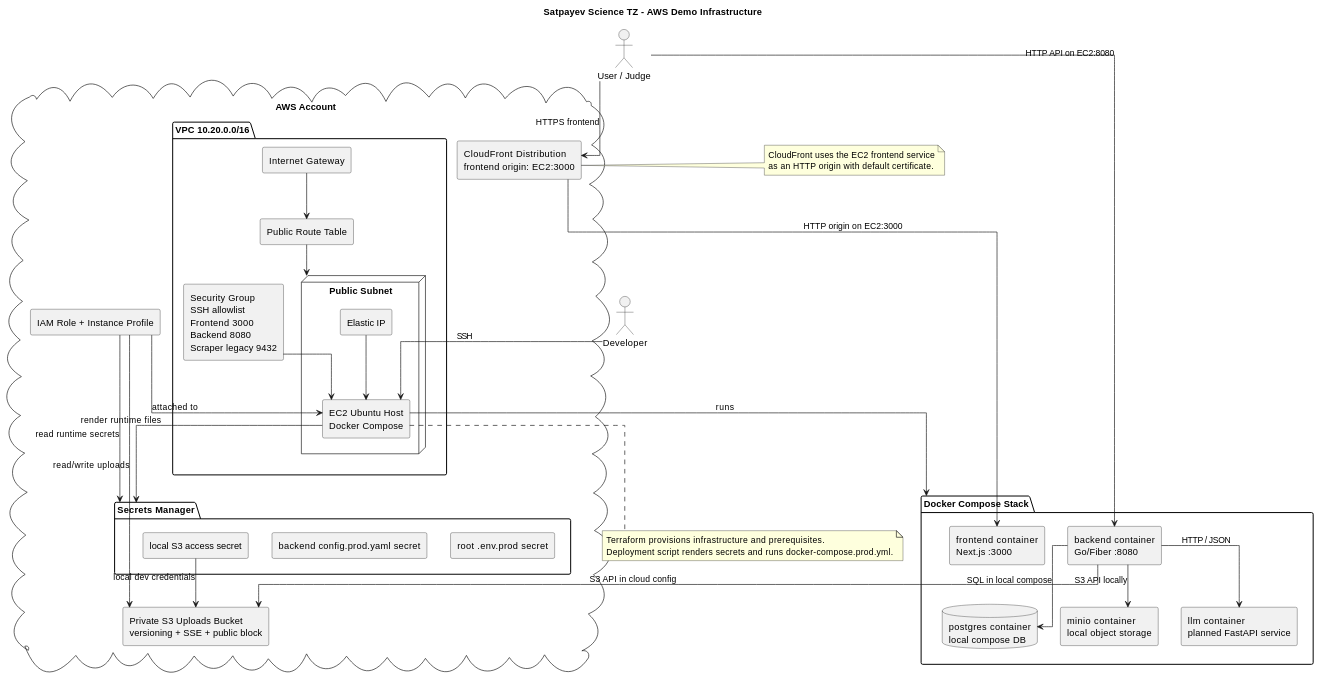
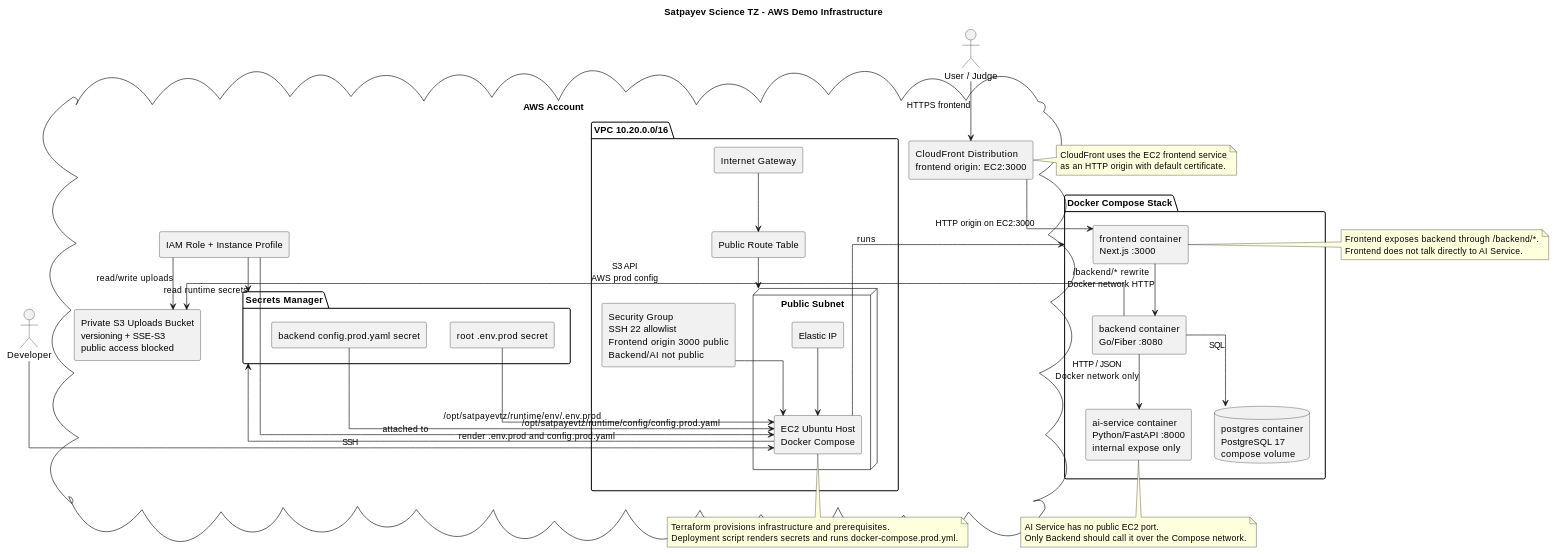
Before and after one commit to agentic-lab-club/Satpayev_science_tz_hackaton: the third of 3 diagrams in ARCHITECTURE.md, drawn with PlantUML. The commit also changed other lines of this file and 1 other file, not shown here.

Commit message:
update iac cloud architecture diagram

````diff
--- a/ARCHITECTURE.md
+++ b/ARCHITECTURE.md
@@ -407,15 +407,14 @@
 
     component "Internet Gateway" as igw
     component "Public Route Table" as rt
-    component "Security Group\nSSH allowlist\nFrontend 3000\nBackend 8080\nScraper legacy 9432" as sg
+    component "Security Group\nSSH 22 allowlist\nFrontend origin 3000 public\nBackend/AI not public" as sg
   }
 
-  component "Private S3 Uploads Bucket\nversioning + SSE + public block" as s3
+  component "Private S3 Uploads Bucket\nversioning + SSE-S3\npublic access blocked" as s3
 
   package "Secrets Manager" as secrets {
     component "root .env.prod secret" as env_secret
     component "backend config.prod.yaml secret" as backend_secret
-    component "local S3 access secret" as local_s3_secret
   }
 
   component "IAM Role + Instance Profile" as iam
@@ -428,14 +427,12 @@
 package "Docker Compose Stack" as compose {
   component "frontend container\nNext.js :3000" as frontend
   component "backend container\nGo/Fiber :8080" as backend
-  database "postgres container\nlocal compose DB" as postgres
-  component "minio container\nlocal object storage" as minio
-  component "llm container\nplanned FastAPI service" as llm
+  component "ai-service container\nPython/FastAPI :8000\ninternal expose only" as ai
+  database "postgres container\nPostgreSQL 17\ncompose volume" as postgres
 }
 
 user --> cf : HTTPS frontend
 cf --> frontend : HTTP origin on EC2:3000
-user --> backend : HTTP API on EC2:8080
 dev --> ec2 : SSH
 
 igw --> rt
@@ -444,17 +441,18 @@
 eip --> ec2
 ec2 --> compose : runs
 
-backend --> postgres : SQL in local compose
-backend --> minio : S3 API locally
-backend --> s3 : S3 API in cloud config
-backend --> llm : HTTP / JSON
+frontend --> backend : /backend/* rewrite\nDocker network HTTP
+backend --> postgres : SQL
+backend --> s3 : S3 API\nAWS prod config
+backend --> ai : HTTP / JSON\nDocker network only
 
-ec2 --> secrets : render runtime files
+ec2 --> secrets : render .env.prod and config.prod.yaml
 iam --> ec2 : attached to
 iam --> secrets : read runtime secrets
 iam --> s3 : read/write uploads
 
-local_s3_secret --> s3 : local dev credentials
+env_secret --> ec2 : /opt/satpayevtz/runtime/env/.env.prod
+backend_secret --> ec2 : /opt/satpayevtz/runtime/config/config.prod.yaml
 
 note bottom of ec2
 Terraform provisions infrastructure and prerequisites.
@@ -466,5 +464,15 @@
 as an HTTP origin with default certificate.
 end note
 
+note right of frontend
+Frontend exposes backend through /backend/*.
+Frontend does not talk directly to AI Service.
+end note
+
+note bottom of ai
+AI Service has no public EC2 port.
+Only Backend should call it over the Compose network.
+end note
+
 @enduml
 ```
````
